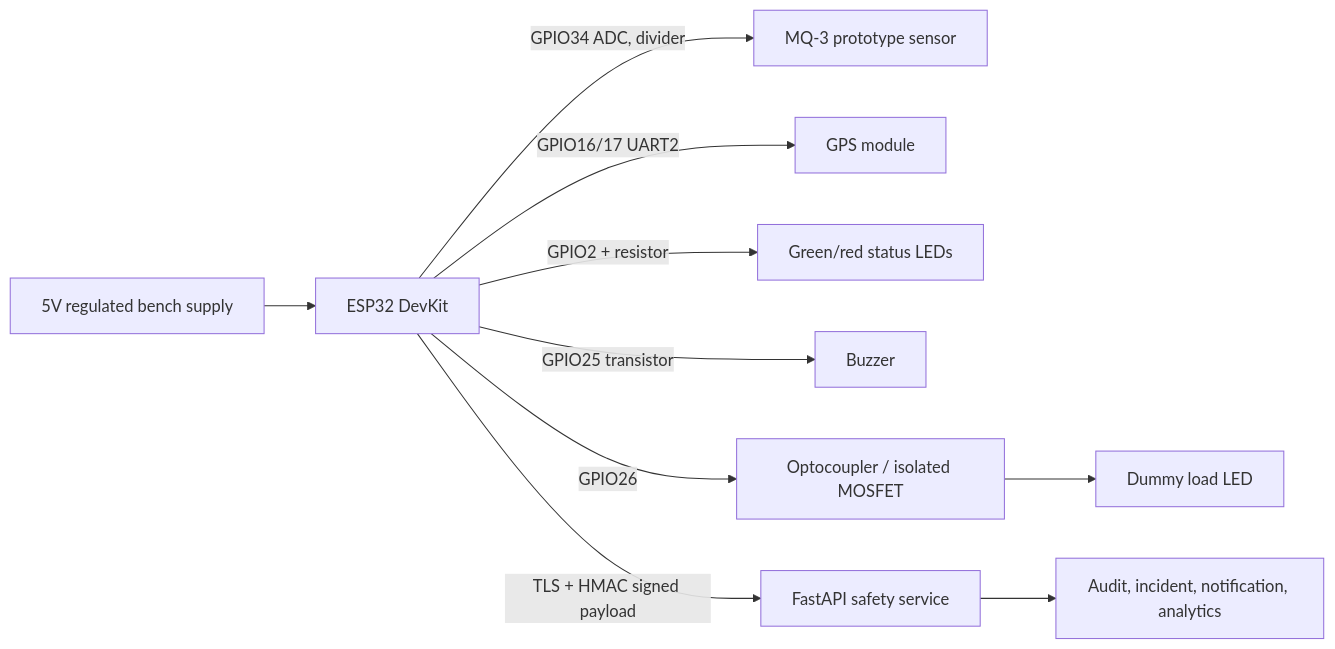
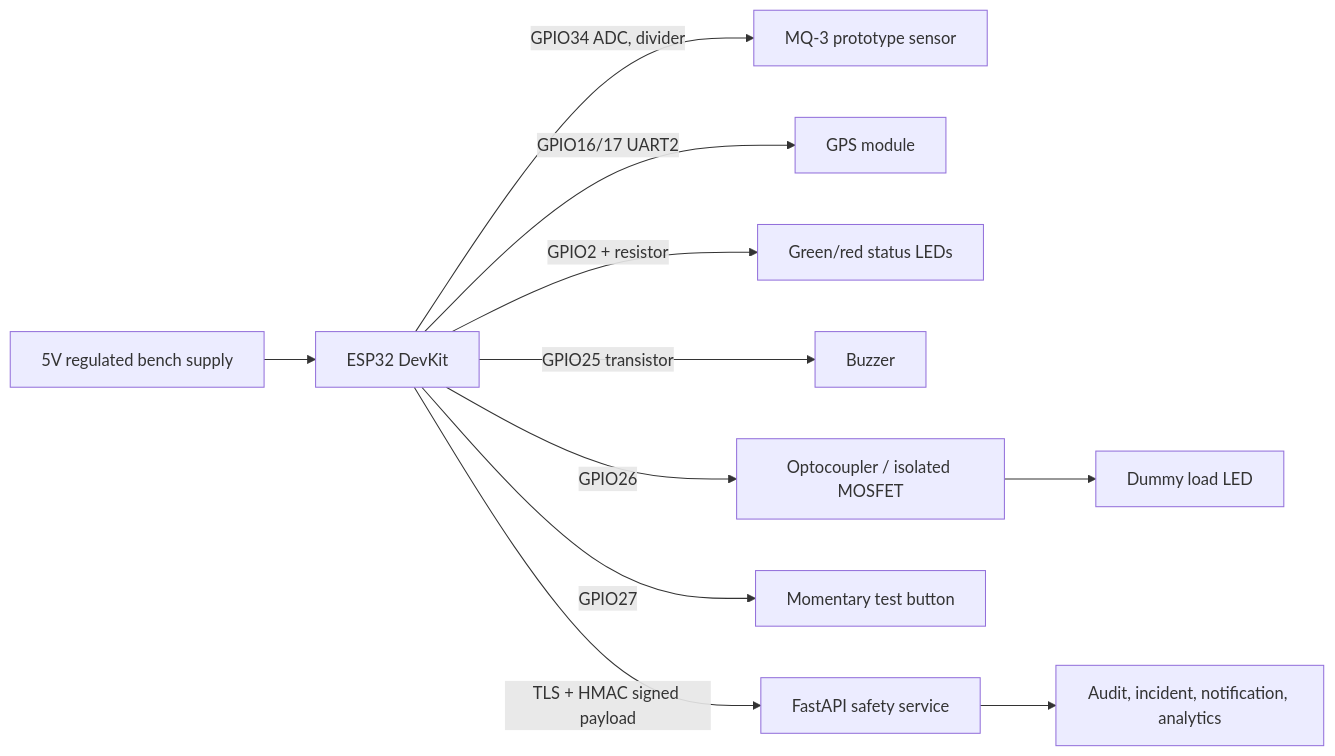
Before and after one commit to purnasai1807-lgtm/AI-SMART-ALCHOL-DECTION: the diagram in docs/HARDWARE.md, drawn with Mermaid. The commit also changed other lines of this file and 4 other files, not shown here.

````diff
--- a/docs/HARDWARE.md
+++ b/docs/HARDWARE.md
@@ -15,12 +15,13 @@
 ```mermaid
 flowchart LR
   P[5V regulated bench supply] --> E[ESP32 DevKit]
   E -->|GPIO34 ADC, divider| S[MQ-3 prototype sensor]
   E -->|GPIO16/17 UART2| G[GPS module]
   E -->|GPIO2 + resistor| L[Green/red status LEDs]
   E -->|GPIO25 transistor| B[Buzzer]
   E -->|GPIO26| O[Optocoupler / isolated MOSFET]
   O --> D[Dummy load LED]
+  E -->|GPIO27| T[Momentary test button]
   E -->|TLS + HMAC signed payload| C[FastAPI safety service]
   C --> A[Audit, incident, notification, analytics]
 ```
````
